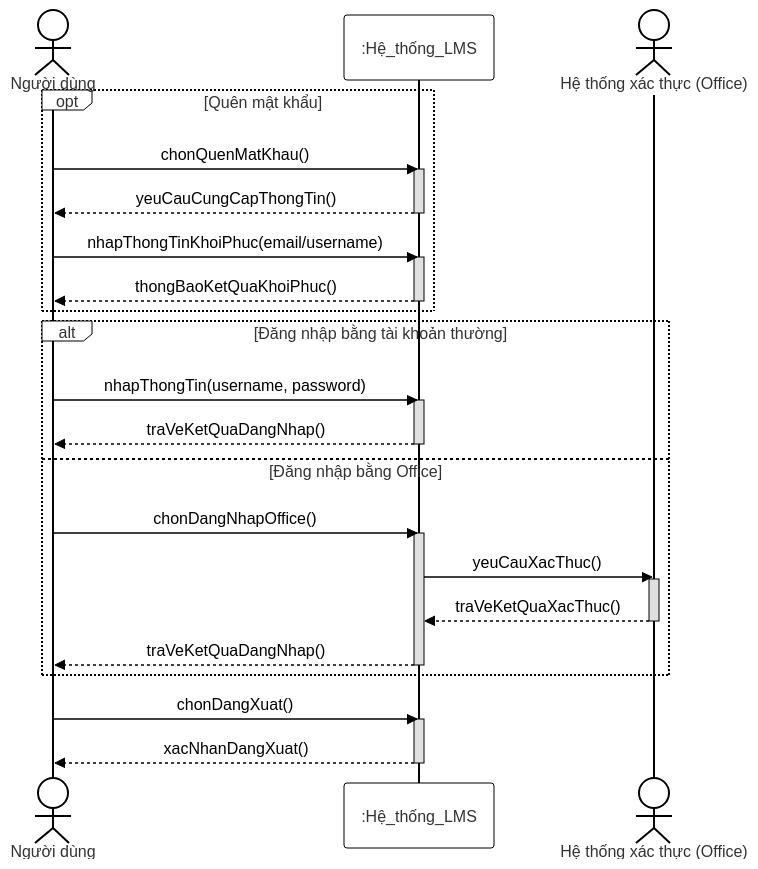
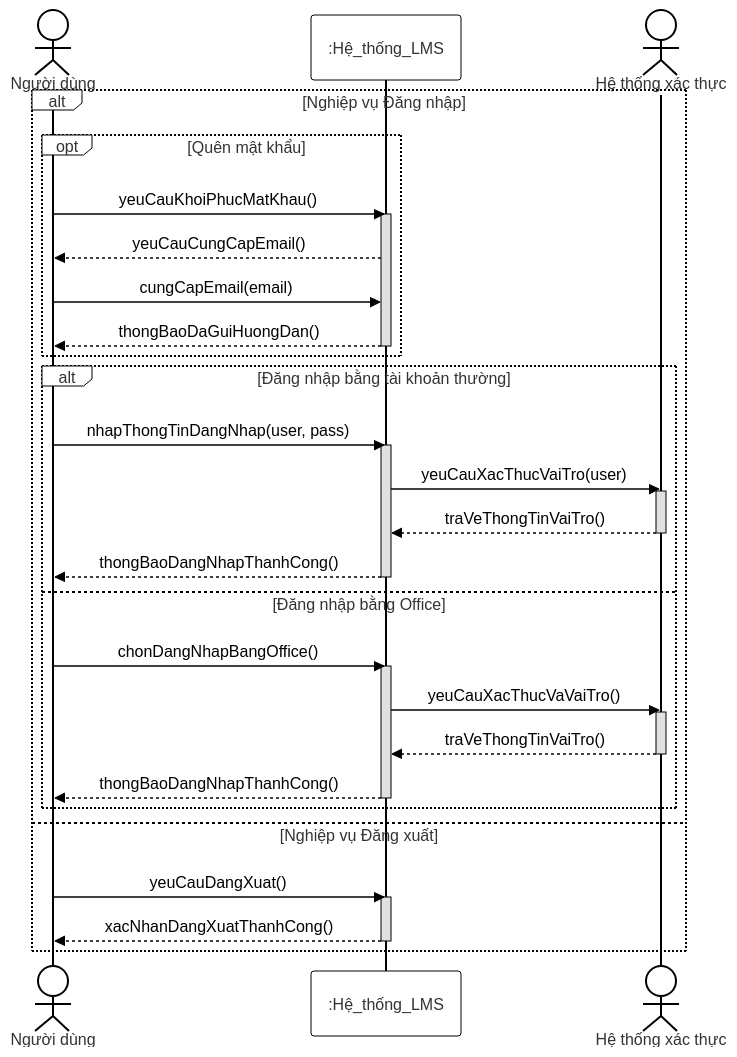
One commit to NguyenViet-281205/PTTKHT changed the diagram in dangnhapdangxuat.md. Above: the diagram before and after it, drawn with Mermaid.

````diff
--- a/dangnhapdangxuat.md
+++ b/dangnhapdangxuat.md
@@ -1,44 +1,53 @@
 ```mermaid
 %%{init: { 'theme': 'base', 'themeVariables': { 'primaryColor': '#ffffff', 'primaryBorderColor': '#000000', 'lineColor': '#000000', 'textColor': '#000000', 'actorBkg': '#ffffff', 'actorBorder': '#000000', 'signalColor': '#000000', 'signalTextColor': '#000000', 'activationBorderColor': '#000000', 'activationBkgColor': '#e0e0e0', 'noteBkgColor': '#ffffff', 'noteBorderColor': '#000000' } } }%%
 sequenceDiagram
-    actor U as Người dùng
+    actor ND as Người dùng
     participant Sys as :Hệ_thống_LMS
-    actor Auth as Hệ thống xác thực (Office)
+    actor HT as Hệ thống xác thực
 
-    %% Khung tùy chọn: Quên mật khẩu
-    opt Quên mật khẩu
-        U->>Sys: chonQuenMatKhau()
+    alt Nghiệp vụ Đăng nhập
+        %% Luồng mở rộng (Extend): Quên mật khẩu
+        opt Quên mật khẩu
+            ND->>Sys: yeuCauKhoiPhucMatKhau()
+            activate Sys
+            Sys-->>ND: yeuCauCungCapEmail()
+            ND->>Sys: cungCapEmail(email)
+            Sys-->>ND: thongBaoDaGuiHuongDan()
+            deactivate Sys
+        end
+
+        %% Lựa chọn phương thức đăng nhập (Kế thừa Use Case Đăng nhập)
+        alt Đăng nhập bằng tài khoản thường
+            ND->>Sys: nhapThongTinDangNhap(user, pass)
+            activate Sys
+            
+            %% Luồng bắt buộc (Include): Xác thực vai trò
+            Sys->>HT: yeuCauXacThucVaiTro(user)
+            activate HT
+            HT-->>Sys: traVeThongTinVaiTro()
+            deactivate HT
+            
+            Sys-->>ND: thongBaoDangNhapThanhCong()
+            deactivate Sys
+
+        else Đăng nhập bằng Office
+            ND->>Sys: chonDangNhapBangOffice()
+            activate Sys
+            
+            %% Luồng bắt buộc (Include): Xác thực vai trò
+            Sys->>HT: yeuCauXacThucVaVaiTro()
+            activate HT
+            HT-->>Sys: traVeThongTinVaiTro()
+            deactivate HT
+            
+            Sys-->>ND: thongBaoDangNhapThanhCong()
+            deactivate Sys
+        end
+
+    else Nghiệp vụ Đăng xuất
+        ND->>Sys: yeuCauDangXuat()
         activate Sys
-        Sys-->>U: yeuCauCungCapThongTin()
-        deactivate Sys
-        
-        U->>Sys: nhapThongTinKhoiPhuc(email/username)
-        activate Sys
-        Sys-->>U: thongBaoKetQuaKhoiPhuc()
+        Sys-->>ND: xacNhanDangXuatThanhCong()
         deactivate Sys
     end
-
-    %% Khung lựa chọn phương thức đăng nhập
-    alt Đăng nhập bằng tài khoản thường
-        U->>Sys: nhapThongTin(username, password)
-        activate Sys
-        Sys-->>U: traVeKetQuaDangNhap()
-        deactivate Sys
-
-    else Đăng nhập bằng Office
-        U->>Sys: chonDangNhapOffice()
-        activate Sys
-        Sys->>Auth: yeuCauXacThuc()
-        activate Auth
-        Auth-->>Sys: traVeKetQuaXacThuc()
-        deactivate Auth
-        Sys-->>U: traVeKetQuaDangNhap()
-        deactivate Sys
-    end
-
-    %% Luồng Đăng xuất
-    U->>Sys: chonDangXuat()
-    activate Sys
-    Sys-->>U: xacNhanDangXuat()
-    deactivate Sys
 ```
````
